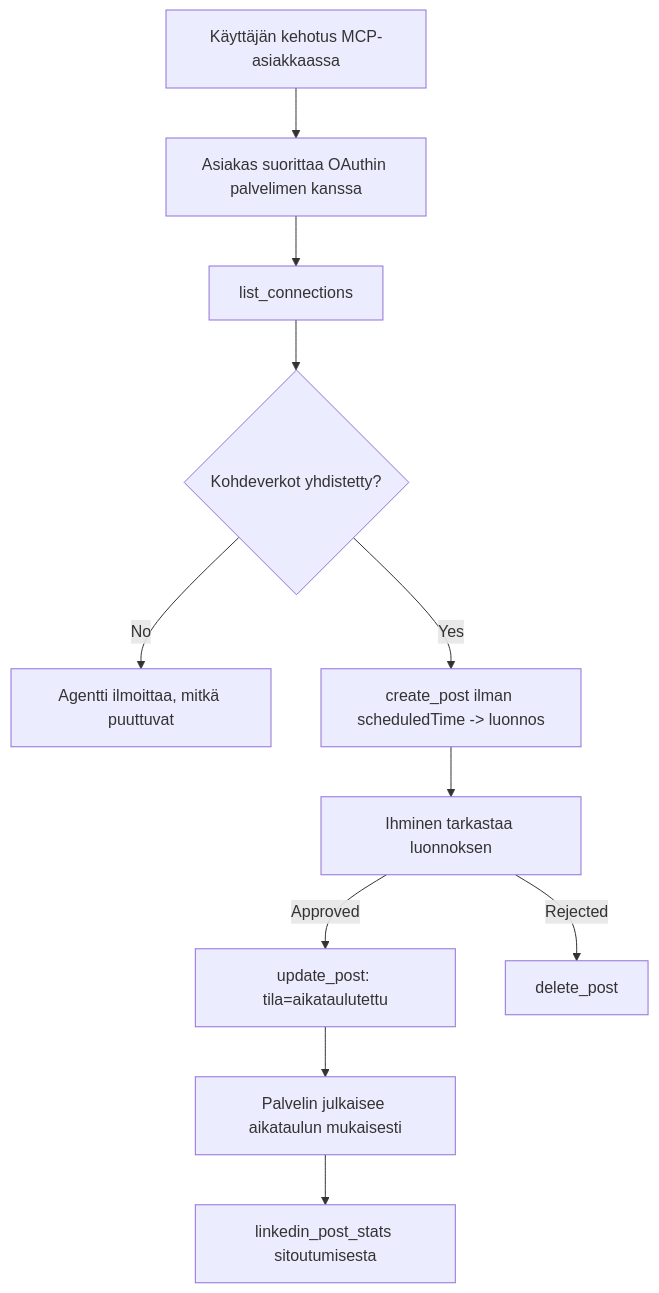
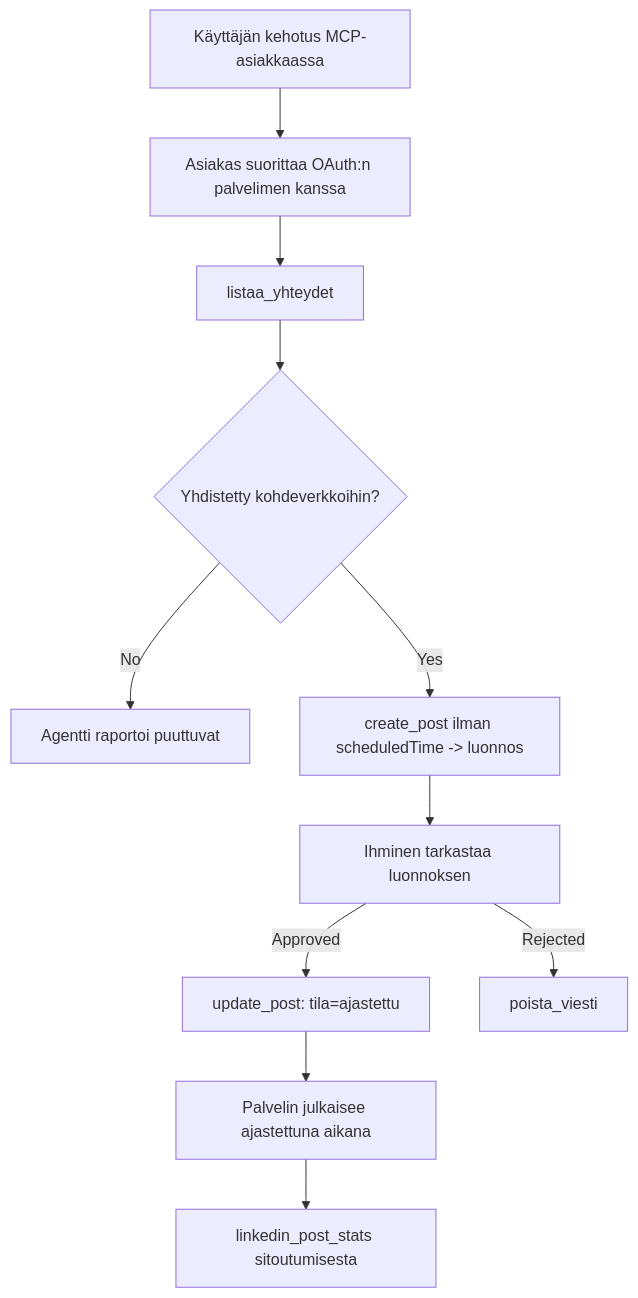
One commit to microsoft/mcp-for-beginners changed the diagram in translations/fi/09-CaseStudy/publora-social-publishing.md. Above: the diagram before and after it, drawn with Mermaid. The commit also changed other lines of this file and 156 other files, not shown here.

````diff
--- a/translations/fi/09-CaseStudy/publora-social-publishing.md
+++ b/translations/fi/09-CaseStudy/publora-social-publishing.md
@@ -47,13 +47,13 @@
 ```mermaid
 flowchart TD
-    A[Käyttäjän kehotus MCP-asiakkaassa] --> B[Asiakas suorittaa OAuthin palvelimen kanssa]
-    B --> C[list_connections]
-    C --> D{Kohdeverkot yhdistetty?}
-    D -- No --> E[Agentti ilmoittaa, mitkä puuttuvat]
+    A[Käyttäjän kehotus MCP-asiakkaassa] --> B[Asiakas suorittaa OAuth:n palvelimen kanssa]
+    B --> C[listaa_yhteydet]
+    C --> D{Yhdistetty kohdeverkkoihin?}
+    D -- No --> E[Agentti raportoi puuttuvat]
     D -- Yes --> F[create_post ilman scheduledTime -> luonnos]
     F --> G[Ihminen tarkastaa luonnoksen]
-    G -- Approved --> H[update_post: tila=aikataulutettu]
-    G -- Rejected --> I[delete_post]
-    H --> J[Palvelin julkaisee aikataulun mukaisesti]
+    G -- Approved --> H[update_post: tila=ajastettu]
+    G -- Rejected --> I[poista_viesti]
+    H --> J[Palvelin julkaisee ajastettuna aikana]
     J --> K[linkedin_post_stats sitoutumisesta]
 ```
````
